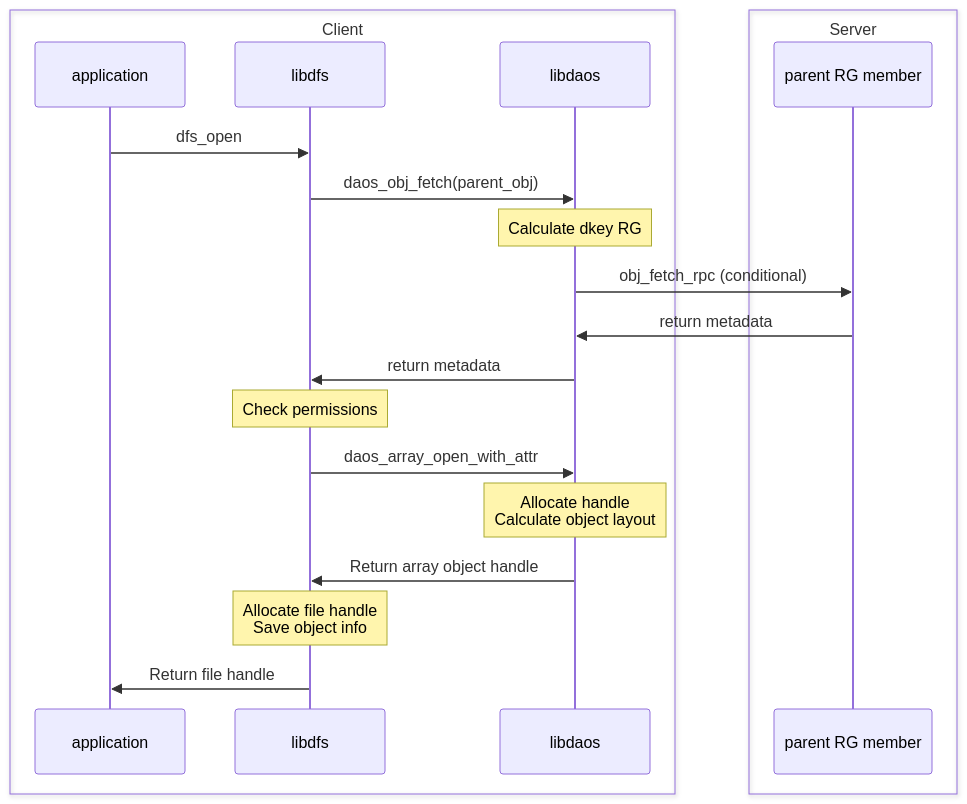
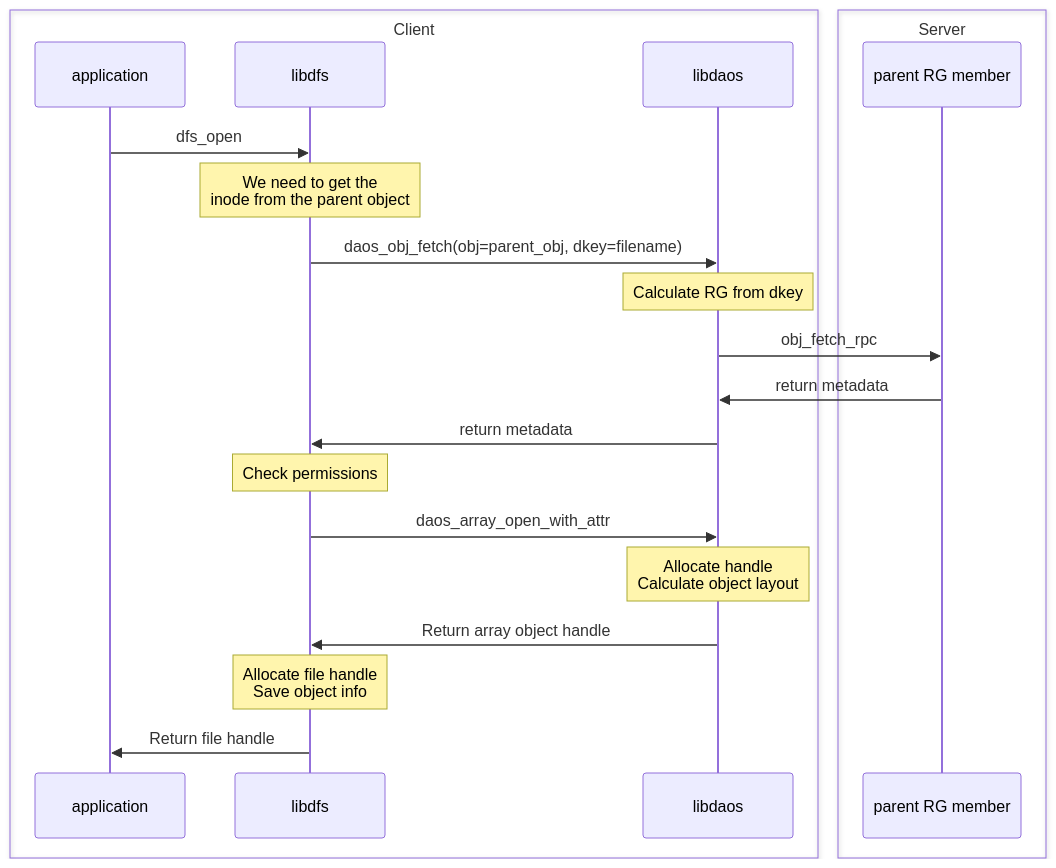
The first of 2 diagrams in src/client/dfs/README.md (daos-stack/daos), drawn with Mermaid before and after one commit. The commit also changed other lines of this file, not shown here.

Commit message:
Address review
Required-githooks: true

````diff
--- a/src/client/dfs/README.md
+++ b/src/client/dfs/README.md
@@ -252,24 +252,25 @@
 ```mermaid
 sequenceDiagram
     box Client
         participant A as application
         participant B as libdfs
         participant C as libdaos
     end
     box Server
         participant D as parent RG member
     end
 
     A->>B: dfs_open
-    B->>C: daos_obj_fetch(parent_obj)
-    Note over C: Calculate dkey RG
-    C->>D: obj_fetch_rpc (conditional)
+    Note over B: We need to get the<br/>inode from the parent object
+    B->>C: daos_obj_fetch(obj=parent_obj, dkey=filename)
+    Note over C: Calculate RG from dkey
+    C->>D: obj_fetch_rpc
     D->>C: return metadata
     C->>B: return metadata
     Note over B: Check permissions
     B->>C: daos_array_open_with_attr
     Note over C: Allocate handle<br/>Calculate object layout
     C->>B: Return array object handle
     Note over B: Allocate file handle<br/>Save object info
     B->>A: Return file handle
 ```
````
